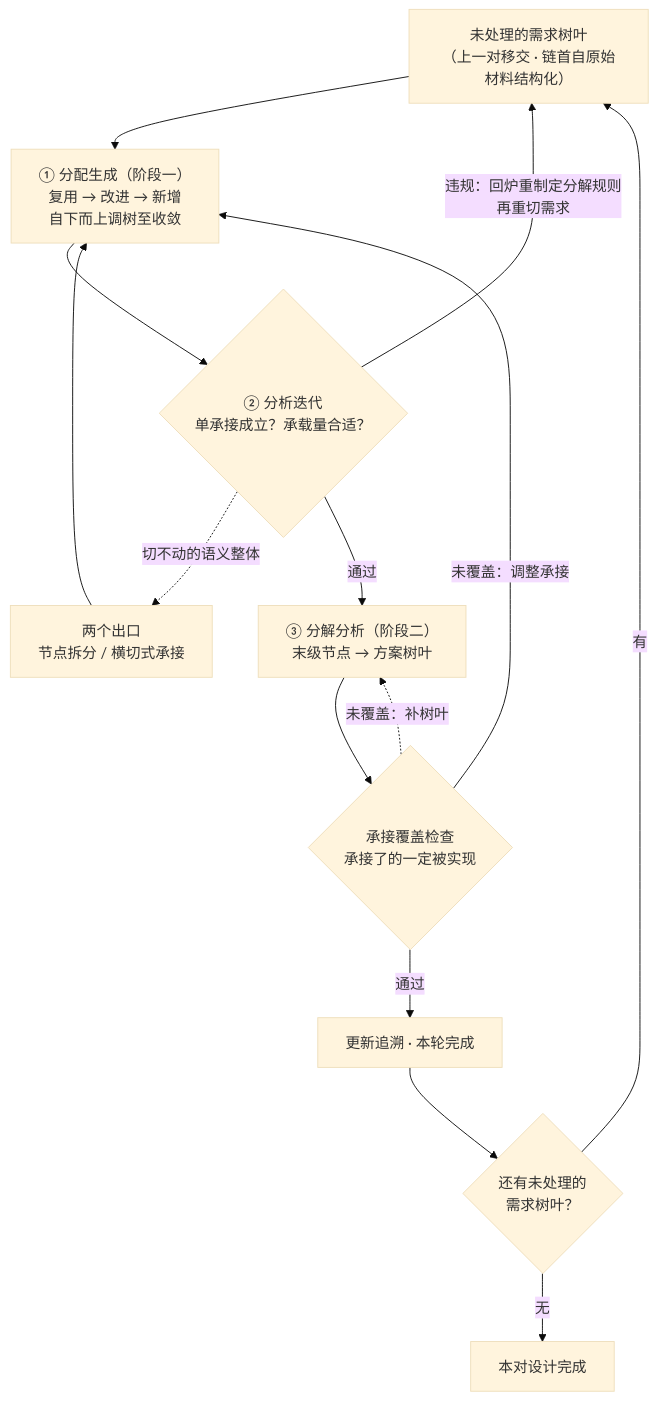
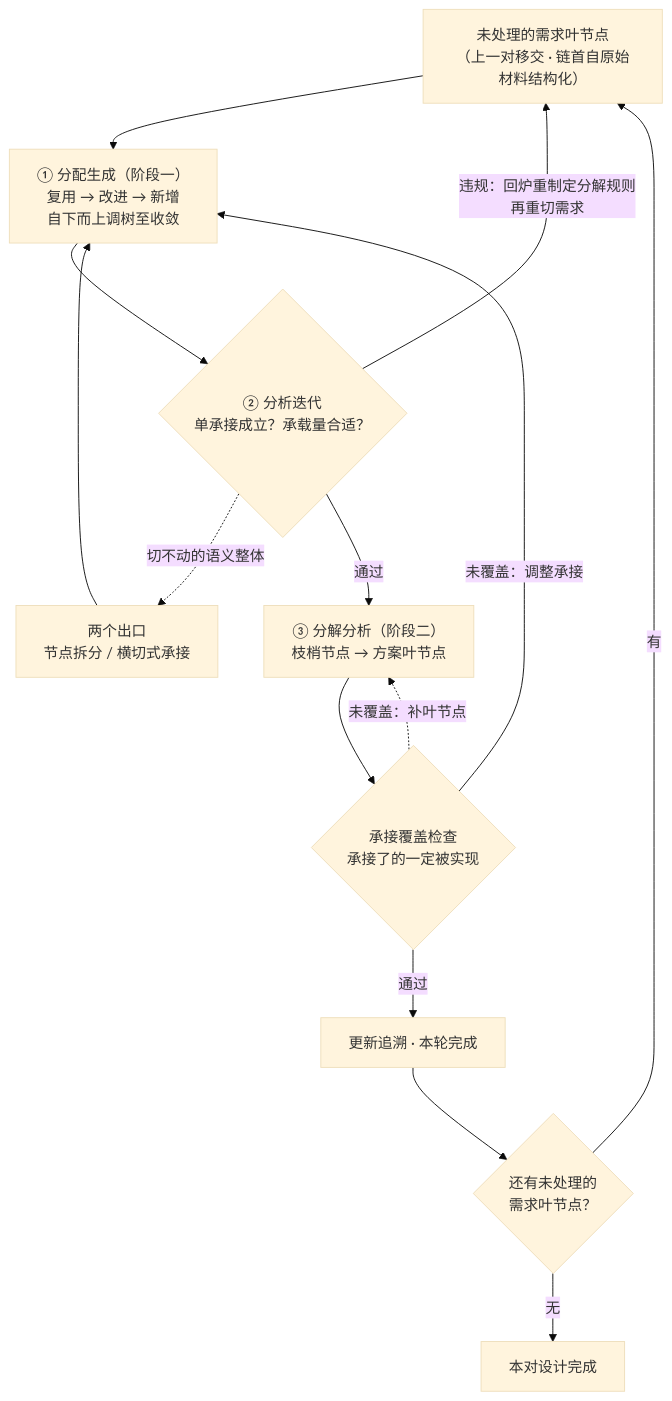
Before and after one commit to Yongjunzhou/AOS-system-design: the second of 5 diagrams in 50-research/03-架构师是个怎样的物种/06-第6章-设计开发落地-需求与方案结对.md, drawn with Mermaid (base theme). The commit also changed other lines of this file, not shown here.

````diff
--- a/50-research/03-架构师是个怎样的物种/06-第6章-设计开发落地-需求与方案结对.md
+++ b/50-research/03-架构师是个怎样的物种/06-第6章-设计开发落地-需求与方案结对.md
@@ -404,16 +404,16 @@
 ```mermaid
 flowchart TD
-    A["未处理的需求树叶<br/>（上一对移交 · 链首自原始材料结构化）"] --> B["① 分配生成（阶段一）<br/>复用 → 改进 → 新增<br/>自下而上调树至收敛"]
+    A["未处理的需求叶节点<br/>（上一对移交 · 链首自原始材料结构化）"] --> B["① 分配生成（阶段一）<br/>复用 → 改进 → 新增<br/>自下而上调树至收敛"]
     B --> C{"② 分析迭代<br/>单承接成立？承载量合适？"}
     C -- "违规：回炉重制定分解规则<br/>再重切需求" --> A
     C -.->|"切不动的语义整体"| D["两个出口<br/>节点拆分 / 横切式承接"]
     D --> B
-    C -- "通过" --> E["③ 分解分析（阶段二）<br/>末级节点 → 方案树叶"]
+    C -- "通过" --> E["③ 分解分析（阶段二）<br/>枝梢节点 → 方案叶节点"]
     E --> F{"承接覆盖检查<br/>承接了的一定被实现"}
     F -- "未覆盖：调整承接" --> B
-    F -.->|"未覆盖：补树叶"| E
+    F -.->|"未覆盖：补叶节点"| E
     F -- "通过" --> G["更新追溯 · 本轮完成"]
-    G --> H{"还有未处理的<br/>需求树叶？"}
+    G --> H{"还有未处理的<br/>需求叶节点？"}
     H -- "有" --> A
     H -- "无" --> I["本对设计完成"]
 ```
````
